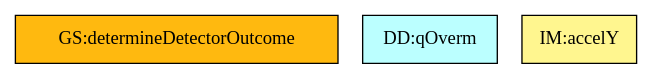
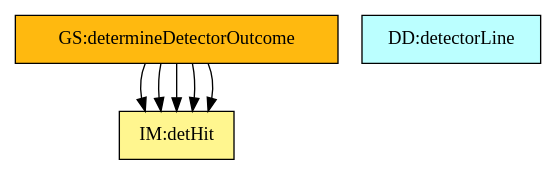
Before and after one commit to JoeZZG/Drasil741: the diagram in code/stable/trajecto/TraceyGraph/allvsr.dot, drawn with Graphviz. The commit also changed 22 other files, not shown here.

```diff
--- a/code/stable/trajecto/TraceyGraph/allvsr.dot
+++ b/code/stable/trajecto/TraceyGraph/allvsr.dot
@@ -1,75 +1,87 @@
 digraph allvsr {
+	instance:predictTrajectory -> theory:stateEvolRC;
+	instance:determineDetectorOutcome -> theory:detHitIM;
+	instance:computeTraj -> theory:stateEvolRC;
+	instance:reportOutputs -> theory:stateEvolRC;
+	instance:reportOutputs -> theory:detHitIM;
 
 
 	instance:piecewiseUniform	[shape=box, color=black, style=filled, fillcolor=mistyrose, label="A:piecewiseUniform"];
 	instance:singleParticle	[shape=box, color=black, style=filled, fillcolor=mistyrose, label="A:singleParticle"];
 	instance:noInteractions	[shape=box, color=black, style=filled, fillcolor=mistyrose, label="A:noInteractions"];
 	instance:prescribedFields	[shape=box, color=black, style=filled, fillcolor=mistyrose, label="A:prescribedFields"];
 	instance:twoDMotion	[shape=box, color=black, style=filled, fillcolor=mistyrose, label="A:twoDMotion"];
 	instance:bPerpPlane	[shape=box, color=black, style=filled, fillcolor=mistyrose, label="A:bPerpPlane"];
 	instance:eAxisAligned	[shape=box, color=black, style=filled, fillcolor=mistyrose, label="A:eAxisAligned"];
 	instance:rectRegions	[shape=box, color=black, style=filled, fillcolor=mistyrose, label="A:rectRegions"];
 	instance:lineDetector	[shape=box, color=black, style=filled, fillcolor=mistyrose, label="A:lineDetector"];
 	instance:fullDetection	[shape=box, color=black, style=filled, fillcolor=mistyrose, label="A:fullDetection"];
 	instance:lorentzOnly	[shape=box, color=black, style=filled, fillcolor=mistyrose, label="A:lorentzOnly"];
 
 	subgraph A {
 	rank="same"
 	{instance:piecewiseUniform, instance:singleParticle, instance:noInteractions, instance:prescribedFields, instance:twoDMotion, instance:bPerpPlane, instance:eAxisAligned, instance:rectRegions, instance:lineDetector, instance:fullDetection, instance:lorentzOnly}
 	}
 
 	dataDefn:kappa	[shape=box, color=black, style=filled, fillcolor=paleturquoise1, label="DD:qOverm"];
+	dataDefn:s0	[shape=box, color=black, style=filled, fillcolor=paleturquoise1, label="DD:initState"];
+	dataDefn:Evec	[shape=box, color=black, style=filled, fillcolor=paleturquoise1, label="DD:eField"];
+	dataDefn:Bvec	[shape=box, color=black, style=filled, fillcolor=paleturquoise1, label="DD:bField"];
+	dataDefn:Ri	[shape=box, color=black, style=filled, fillcolor=paleturquoise1, label="DD:regionRect"];
+	dataDefn:Ei	[shape=box, color=black, style=filled, fillcolor=paleturquoise1, label="DD:fieldsByRegion"];
+	dataDefn:Ldet	[shape=box, color=black, style=filled, fillcolor=paleturquoise1, label="DD:detectorLine"];
 
 	subgraph DD {
 	rank="same"
-	{dataDefn:kappa}
+	{dataDefn:kappa, dataDefn:s0, dataDefn:Evec, dataDefn:Bvec, dataDefn:Ri, dataDefn:Ei, dataDefn:Ldet}
 	}
 
 	theory:velocityTM	[shape=box, color=black, style=filled, fillcolor=pink, label="TM:velocity"];
 	theory:accelerationTM	[shape=box, color=black, style=filled, fillcolor=pink, label="TM:acceleration"];
 	theory:lorentzForceCS	[shape=box, color=black, style=filled, fillcolor=pink, label="TM:lorentzForce"];
 	theory:eqnMotionCS	[shape=box, color=black, style=filled, fillcolor=pink, label="TM:eqnMotion"];
 
 	subgraph TM {
 	rank="same"
 	{theory:velocityTM, theory:accelerationTM, theory:lorentzForceCS, theory:eqnMotionCS}
 	}
 
-	theory:ax	[shape=box, color=black, style=filled, fillcolor=palegreen, label="GD:xAccelEM"];
-	theory:ay	[shape=box, color=black, style=filled, fillcolor=palegreen, label="GD:yAccelEM"];
+	theory:kin2DRC	[shape=box, color=black, style=filled, fillcolor=palegreen, label="GD:kin2D"];
+	theory:vCrossB	[shape=box, color=black, style=filled, fillcolor=palegreen, label="GD:vCrossB2D"];
+	theory:dyn2DRC	[shape=box, color=black, style=filled, fillcolor=palegreen, label="GD:dyn2D"];
 
 	subgraph GD {
 	rank="same"
-	{theory:ax, theory:ay}
+	{theory:kin2DRC, theory:vCrossB, theory:dyn2DRC}
 	}
 
-	theory:accelXIM	[shape=box, color=black, style=filled, fillcolor=khaki1, label="IM:accelX"];
-	theory:accelYIM	[shape=box, color=black, style=filled, fillcolor=khaki1, label="IM:accelY"];
+	theory:stateEvolRC	[shape=box, color=black, style=filled, fillcolor=khaki1, label="IM:stateEvol"];
+	theory:detHitIM	[shape=box, color=black, style=filled, fillcolor=khaki1, label="IM:detHit"];
 
 	subgraph IM {
 	rank="same"
-	{theory:accelXIM, theory:accelYIM}
+	{theory:stateEvolRC, theory:detHitIM}
 	}
 
 	instance:inputValues	[shape=box, color=black, style=filled, fillcolor=ivory, label="FR:inputValues"];
 	instance:echoInputs	[shape=box, color=black, style=filled, fillcolor=ivory, label="FR:echoInputs"];
 	instance:computeTraj	[shape=box, color=black, style=filled, fillcolor=ivory, label="FR:computeTraj"];
 	instance:reportOutputs	[shape=box, color=black, style=filled, fillcolor=ivory, label="FR:reportOutputs"];
 	instance:correct	[shape=box, color=black, style=filled, fillcolor=ivory, label="NFR:correct"];
 	instance:maintainable	[shape=box, color=black, style=filled, fillcolor=ivory, label="NFR:maintainable"];
 	instance:portable	[shape=box, color=black, style=filled, fillcolor=ivory, label="NFR:portable"];
 
 	subgraph FR {
 	rank="same"
 	{instance:inputValues, instance:echoInputs, instance:computeTraj, instance:reportOutputs, instance:correct, instance:maintainable, instance:portable}
 	}
 
 	instance:predictTrajectory	[shape=box, color=black, style=filled, fillcolor=darkgoldenrod1, label="GS:predictTrajectory"];
 	instance:determineDetectorOutcome	[shape=box, color=black, style=filled, fillcolor=darkgoldenrod1, label="GS:determineDetectorOutcome"];
 
 	subgraph GS {
 	rank="same"
 	{instance:predictTrajectory, instance:determineDetectorOutcome}
 	}
 
 }
```
